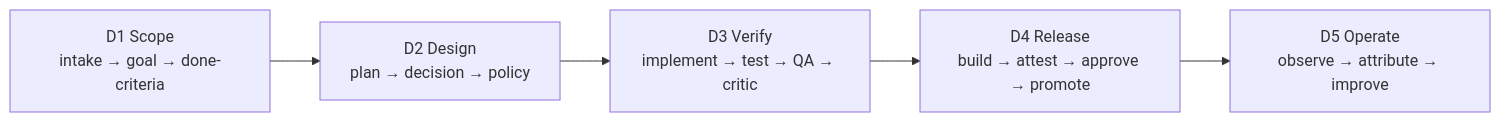
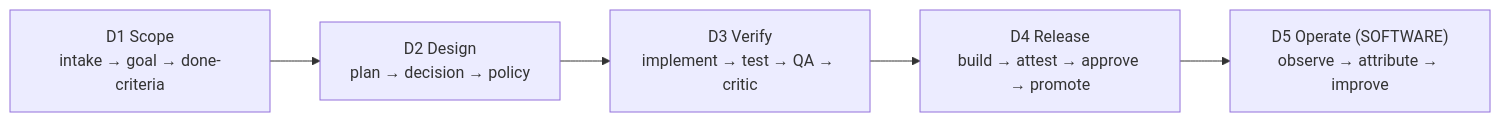
One commit to markfietje/brain-server changed the fifth of 6 diagrams in docs/architecture.md. Above: the diagram before and after it, drawn with Mermaid. The commit also changed other lines of this file, not shown here.

First line of the commit message:
docs(architecture): add the CREATE stage and the OPERATE return path

````diff
--- a/docs/architecture.md
+++ b/docs/architecture.md
@@ -298,7 +323,7 @@
 ```mermaid
 flowchart LR
     D1["D1 Scope<br/>intake → goal → done-criteria"] --> D2["D2 Design<br/>plan → decision → policy"]
     D2 --> D3["D3 Verify<br/>implement → test → QA → critic"]
     D3 --> D4["D4 Release<br/>build → attest → approve → promote"]
-    D4 --> D5["D5 Operate<br/>observe → attribute → improve"]
+    D4 --> D5["D5 Operate (SOFTWARE)<br/>observe → attribute → improve"]
 ```
````
